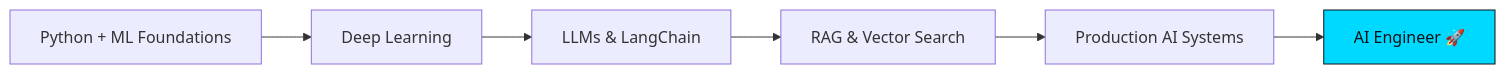
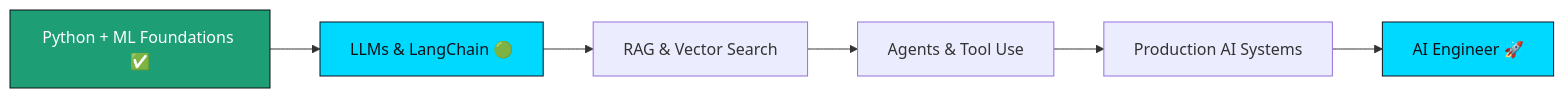
The diagram in README.md (seharandleeb/seharandleeb), drawn with Mermaid before and after one commit. The commit also changed other lines of this file, not shown here.

````diff
--- a/README.md
+++ b/README.md
@@ -147,9 +155,11 @@
 ```mermaid
 graph LR
-    A[Python + ML Foundations] --> B[Deep Learning]
-    B --> C[LLMs & LangChain]
-    C --> D[RAG & Vector Search]
+    A[Python + ML Foundations ✅] --> B[LLMs & LangChain 🟢]
+    B --> C[RAG & Vector Search]
+    C --> D[Agents & Tool Use]
     D --> E[Production AI Systems]
     E --> F[AI Engineer 🚀]
+    style A fill:#1D9E75,stroke:#0D1117,color:#ffffff
+    style B fill:#00D9FF,stroke:#0D1117,color:#0D1117
     style F fill:#00D9FF,stroke:#0D1117,color:#0D1117
 ```
````
